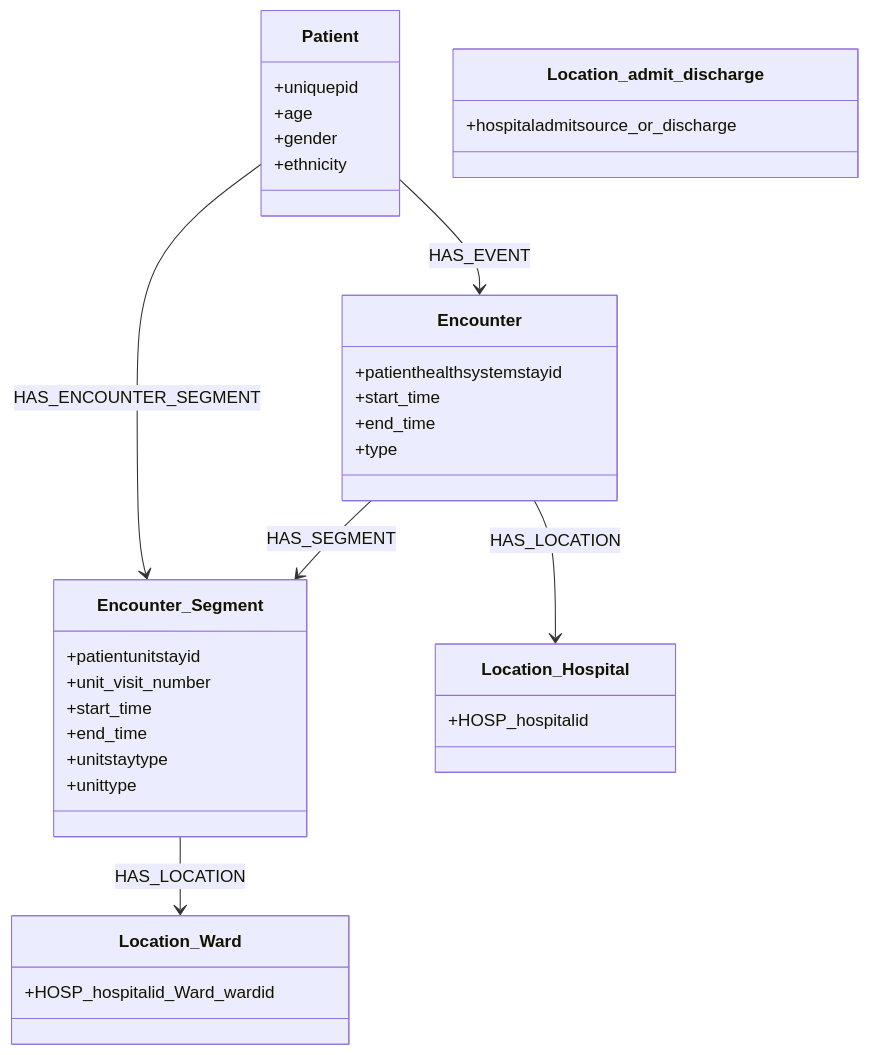
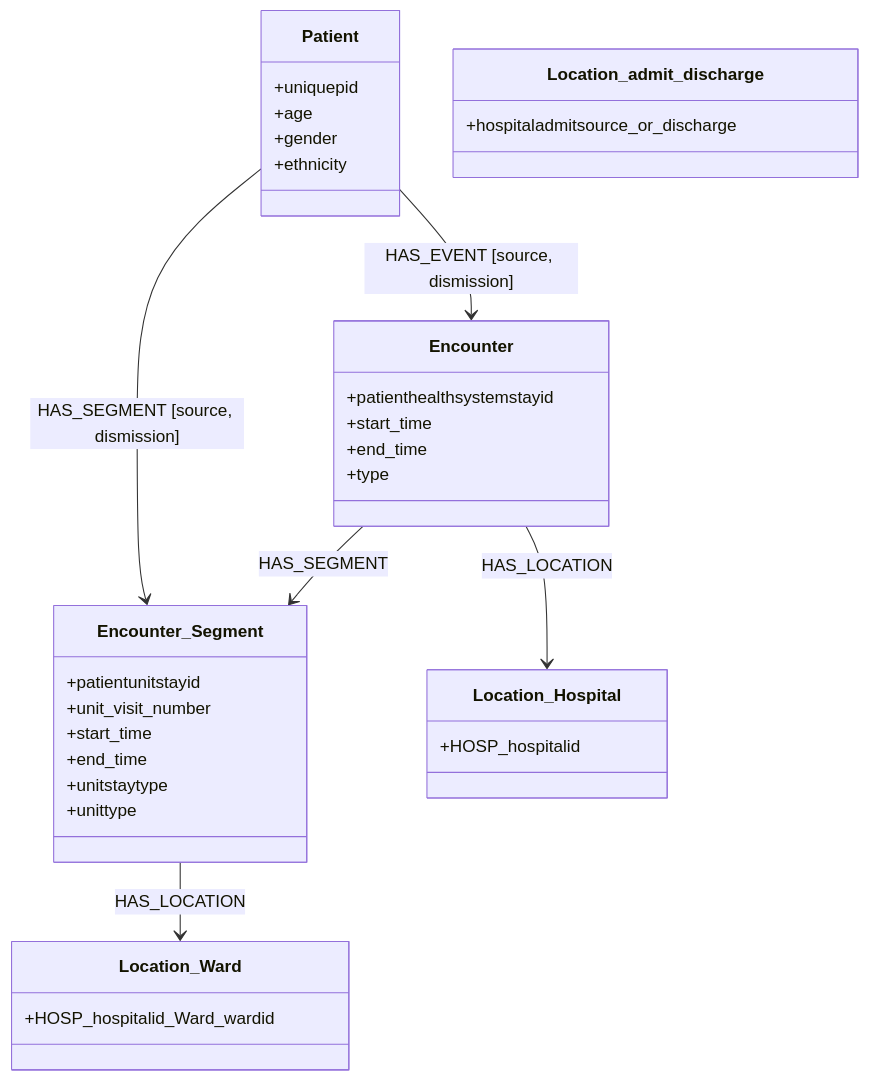
One commit to BecksFedeUniPr/eICU_mapping changed the diagram in README.md. Above: the diagram before and after it, drawn with Mermaid.

````diff
--- a/README.md
+++ b/README.md
@@ -27,47 +27,47 @@
 ```mermaid
 classDiagram
     direction TB
     
     class Patient {
         +uniquepid
         +age
         +gender
         +ethnicity
     }
 
     class Encounter {
         +patienthealthsystemstayid
         +start_time
         +end_time
         +type
     }
 
     class Encounter_Segment {
         +patientunitstayid
         +unit_visit_number
         +start_time
         +end_time
         +unitstaytype
         +unittype
     }
 
     class Location_Hospital {
         +HOSP_hospitalid
     }
 
     class Location_Ward {
         +HOSP_hospitalid_Ward_wardid
     }
 
     class Location_admit_discharge {
         +hospitaladmitsource_or_discharge
     }
 
     %% Relationships (Esattamente come nel tuo JSON)
-    Patient --> Encounter : HAS_EVENT
-    Patient --> Encounter_Segment : HAS_ENCOUNTER_SEGMENT
+    Patient --> Encounter : HAS_EVENT [source, dismission]
+    Patient --> Encounter_Segment : HAS_SEGMENT [source, dismission]
     Encounter --> Encounter_Segment : HAS_SEGMENT
     
     Encounter --> Location_Hospital : HAS_LOCATION
     Encounter_Segment --> Location_Ward : HAS_LOCATION
 ```
````
